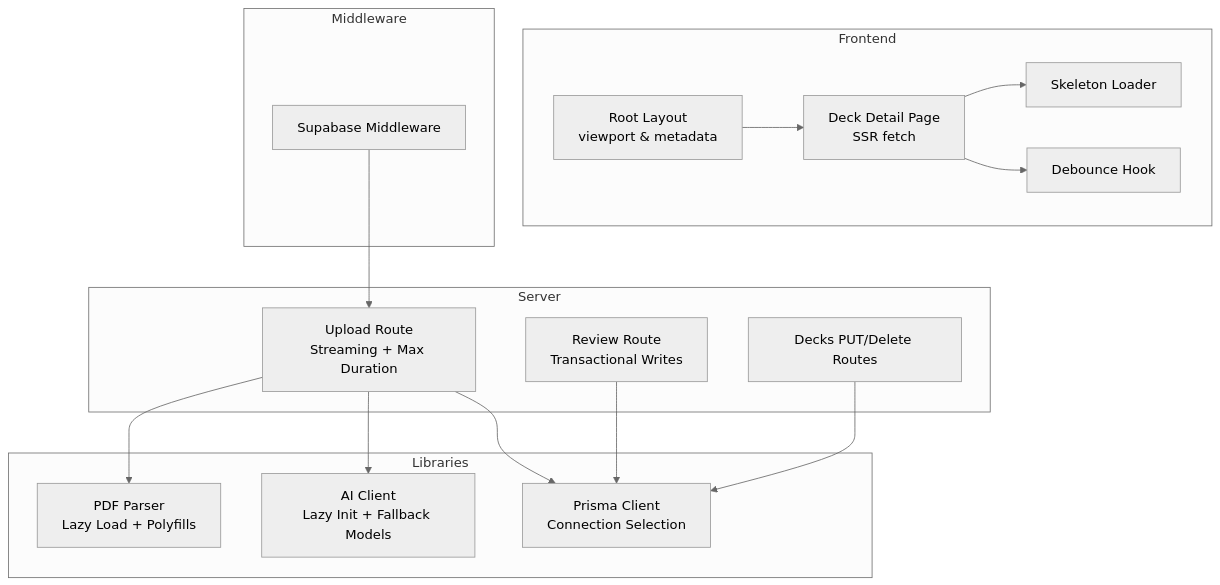
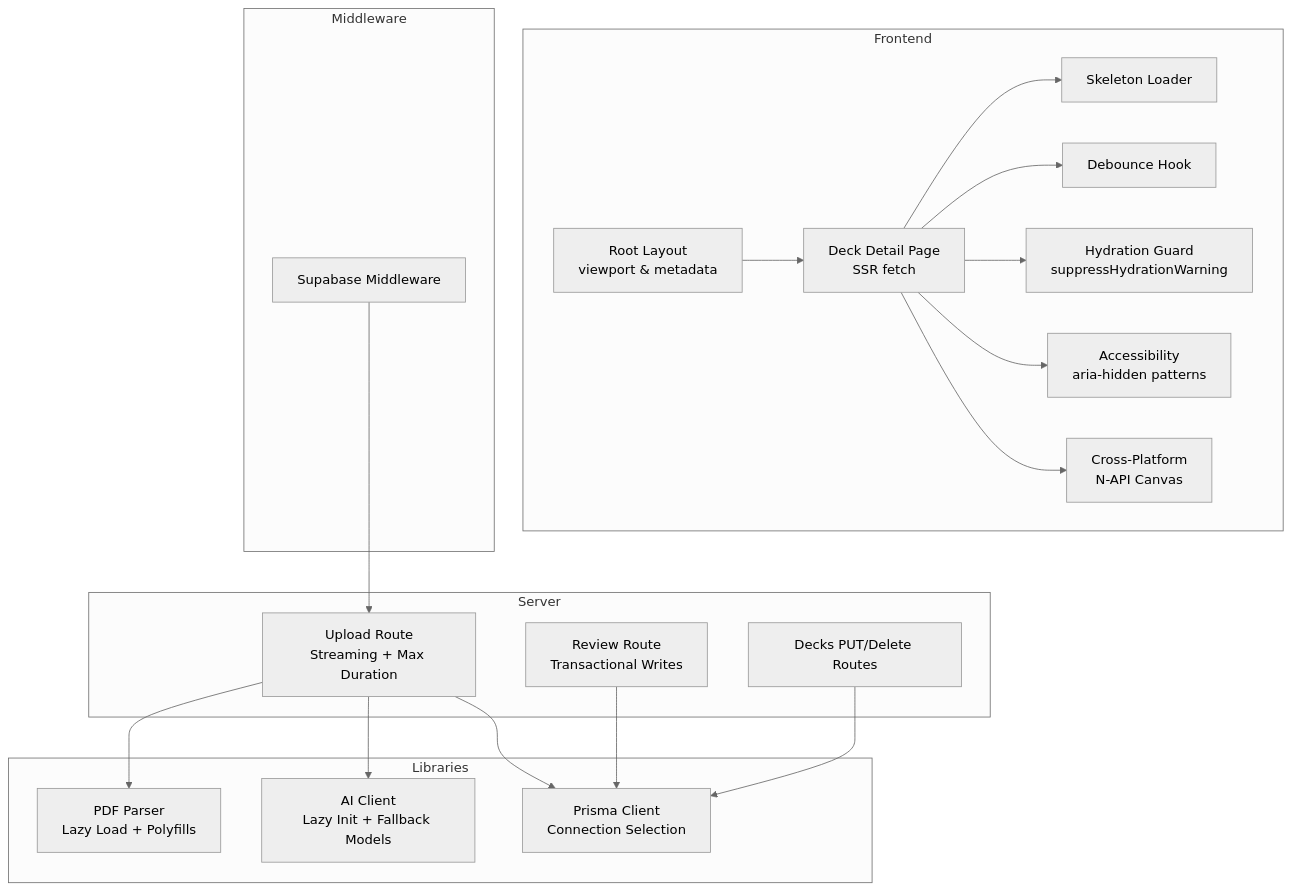
Before and after one commit to nitish-niraj/cumathassignment: the first of 11 diagrams in .qoder/repowiki/en/content/Performance Optimization.md, drawn with Mermaid (neutral theme). The commit also changed other lines of this file and 6 other files, not shown here.

````diff
--- a/.qoder/repowiki/en/content/Performance Optimization.md
+++ b/.qoder/repowiki/en/content/Performance Optimization.md
@@ -47,31 +64,37 @@
 ```mermaid
 graph TB
 subgraph "Frontend"
 L["Root Layout<br/>viewport & metadata"]
 D["Deck Detail Page<br/>SSR fetch"]
 S["Skeleton Loader"]
 H["Debounce Hook"]
+HG["Hydration Guard<br/>suppressHydrationWarning"]
+AC["Accessibility<br/>aria-hidden patterns"]
+CP["Cross-Platform<br/>N-API Canvas"]
 end
 subgraph "Middleware"
 MW["Supabase Middleware"]
 end
 subgraph "Server"
 U["Upload Route<br/>Streaming + Max Duration"]
 R["Review Route<br/>Transactional Writes"]
 K["Decks PUT/Delete Routes"]
 end
 subgraph "Libraries"
 DB["Prisma Client<br/>Connection Selection"]
 PDF["PDF Parser<br/>Lazy Load + Polyfills"]
 AI["AI Client<br/>Lazy Init + Fallback Models"]
 end
 L --> D
 D --> S
 D --> H
+D --> HG
+D --> AC
+D --> CP
 MW --> U
 U --> PDF
 U --> AI
 U --> DB
 R --> DB
 K --> DB
 ```
````
